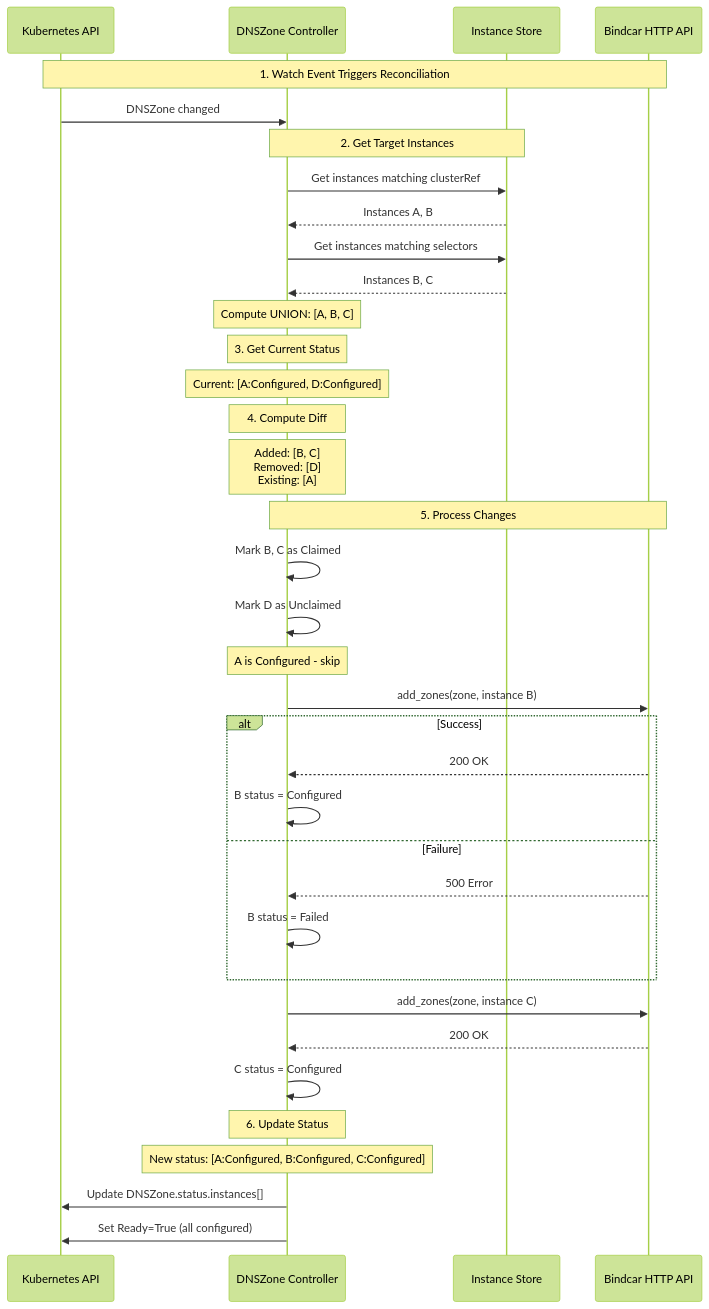
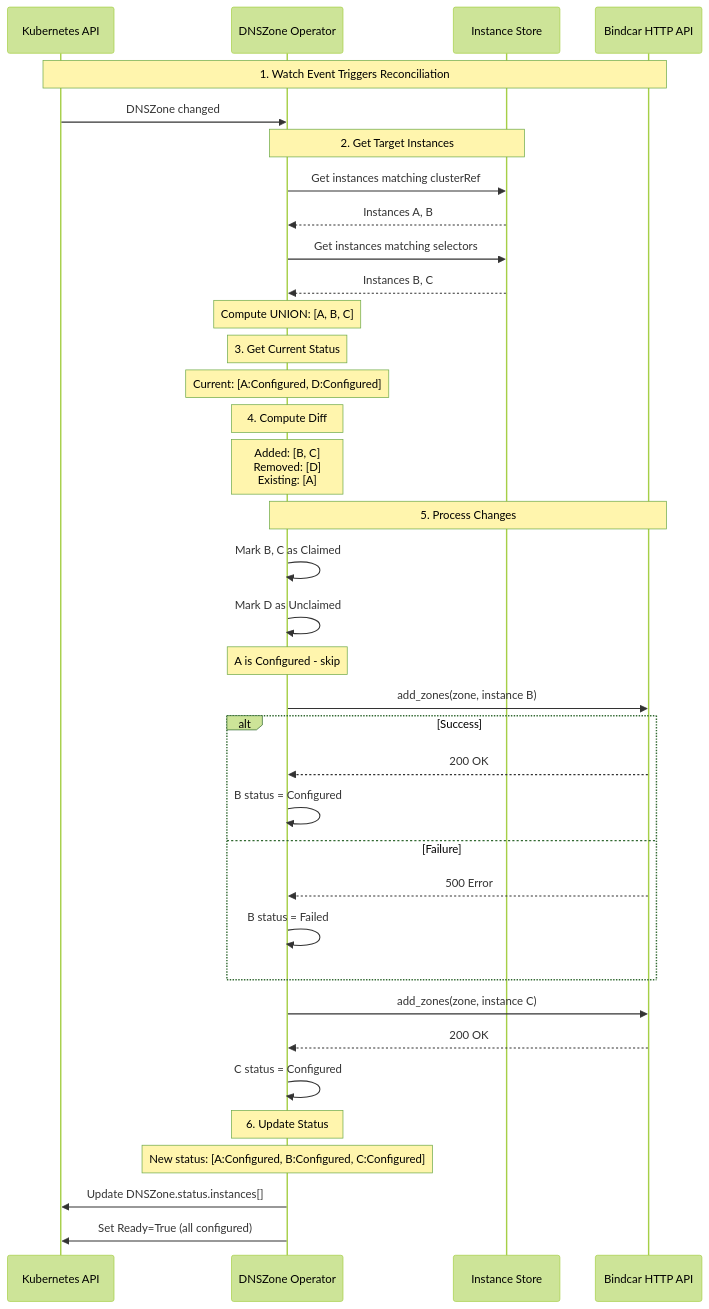
The sixth of 7 diagrams in docs/src/concepts/dnszone-controller-architecture.md (firestoned/bindy), drawn with Mermaid (forest theme) before and after one commit. The commit also changed other lines of this file and 150 other files, not shown here.

Commit message:
Change the occurences from controller to operator (#83)

````diff
--- a/docs/src/concepts/dnszone-controller-architecture.md
+++ b/docs/src/concepts/dnszone-controller-architecture.md
@@ -193,48 +193,48 @@
 ```mermaid
 sequenceDiagram
     participant K8s as Kubernetes API
-    participant Ctrl as DNSZone Controller
+    participant Ctrl as DNSZone Operator
     participant Store as Instance Store
     participant Bindcar as Bindcar HTTP API
     
     Note over K8s,Bindcar: 1. Watch Event Triggers Reconciliation
     K8s->>Ctrl: DNSZone changed
     
     Note over Ctrl,Store: 2. Get Target Instances
     Ctrl->>Store: Get instances matching clusterRef
     Store-->>Ctrl: Instances A, B
     Ctrl->>Store: Get instances matching selectors
     Store-->>Ctrl: Instances B, C
     Note over Ctrl: Compute UNION: [A, B, C]
     
     Note over Ctrl: 3. Get Current Status
     Note over Ctrl: Current: [A:Configured, D:Configured]
     
     Note over Ctrl: 4. Compute Diff
     Note over Ctrl: Added: [B, C]<br/>Removed: [D]<br/>Existing: [A]
     
     Note over Ctrl,Bindcar: 5. Process Changes
     
     Ctrl->>Ctrl: Mark B, C as Claimed
     Ctrl->>Ctrl: Mark D as Unclaimed
     
     Note over Ctrl: A is Configured - skip
     
     Ctrl->>Bindcar: add_zones(zone, instance B)
     alt Success
         Bindcar-->>Ctrl: 200 OK
         Ctrl->>Ctrl: B status = Configured
     else Failure
         Bindcar-->>Ctrl: 500 Error
         Ctrl->>Ctrl: B status = Failed
     end
     
     Ctrl->>Bindcar: add_zones(zone, instance C)
     Bindcar-->>Ctrl: 200 OK
     Ctrl->>Ctrl: C status = Configured
     
     Note over Ctrl: 6. Update Status
     Note over Ctrl: New status: [A:Configured, B:Configured, C:Configured]
     Ctrl->>K8s: Update DNSZone.status.instances[]
     Ctrl->>K8s: Set Ready=True (all configured)
 ```
````
